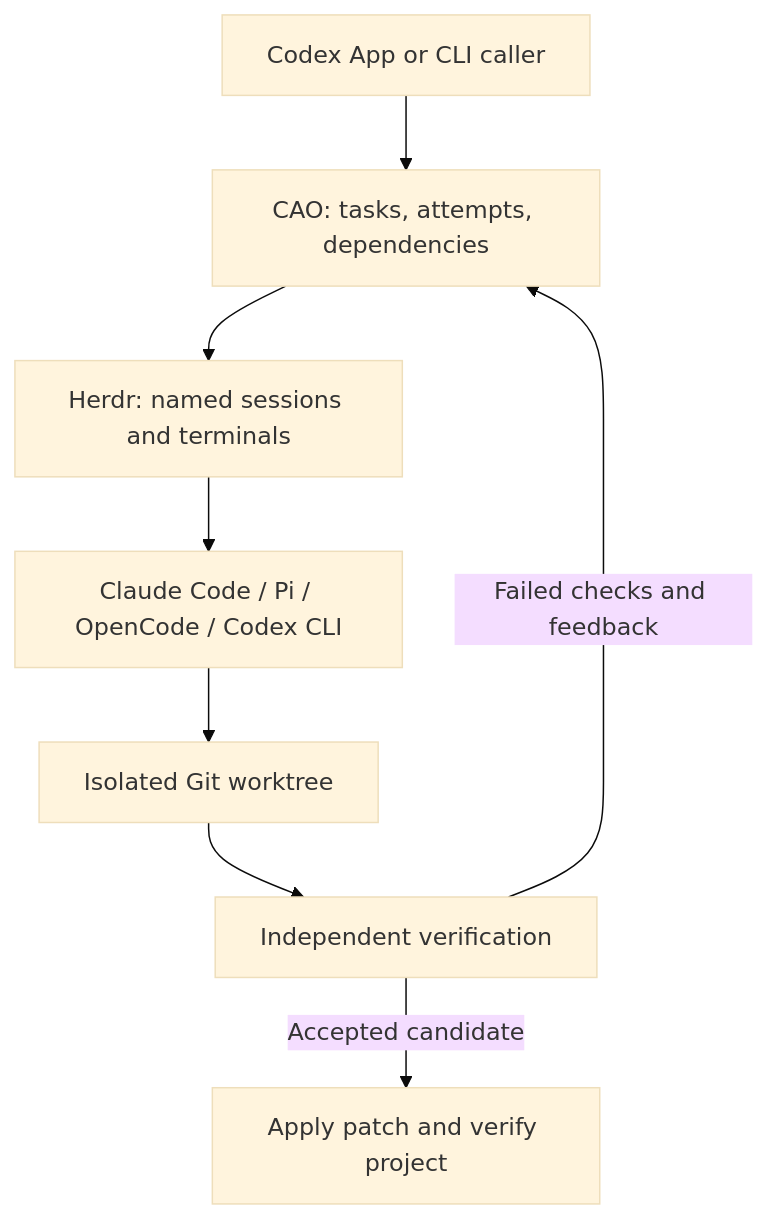
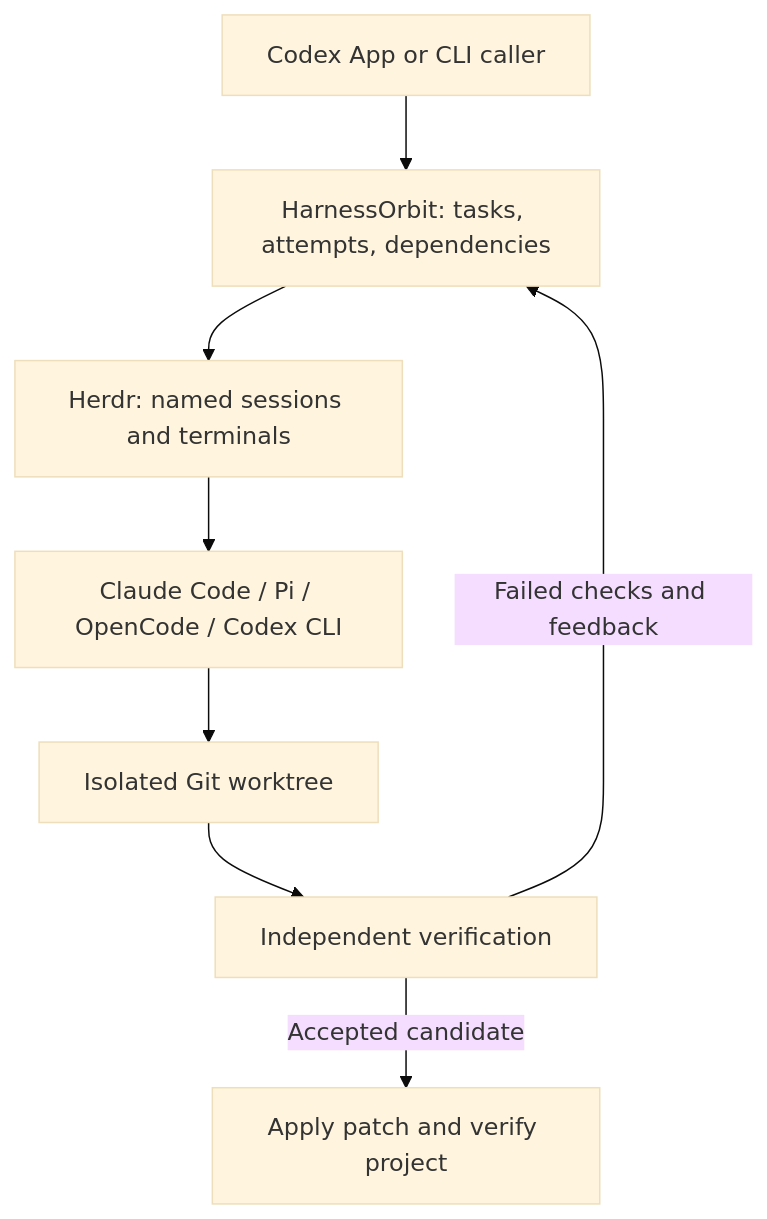
Before and after one commit to Snseam/harnessorbit: the diagram in README.md, drawn with Mermaid (base theme). The commit also changed other lines of this file and 63 other files, not shown here.

First line of the commit message:
Make HarnessOrbit the public product and repository identity (#12)

````diff
--- a/README.md
+++ b/README.md
@@ -89,10 +91,10 @@
 ```mermaid
 flowchart TD
-    C[Codex App or CLI caller] --> O[CAO: tasks, attempts, dependencies]
+    C[Codex App or CLI caller] --> O[HarnessOrbit: tasks, attempts, dependencies]
     O --> H[Herdr: named sessions and terminals]
     H --> A[Claude Code / Pi / OpenCode / Codex CLI]
     A --> W[Isolated Git worktree]
     W --> V[Independent verification]
     V -->|Failed checks and feedback| O
     V -->|Accepted candidate| I[Apply patch and verify project]
 ```
````
